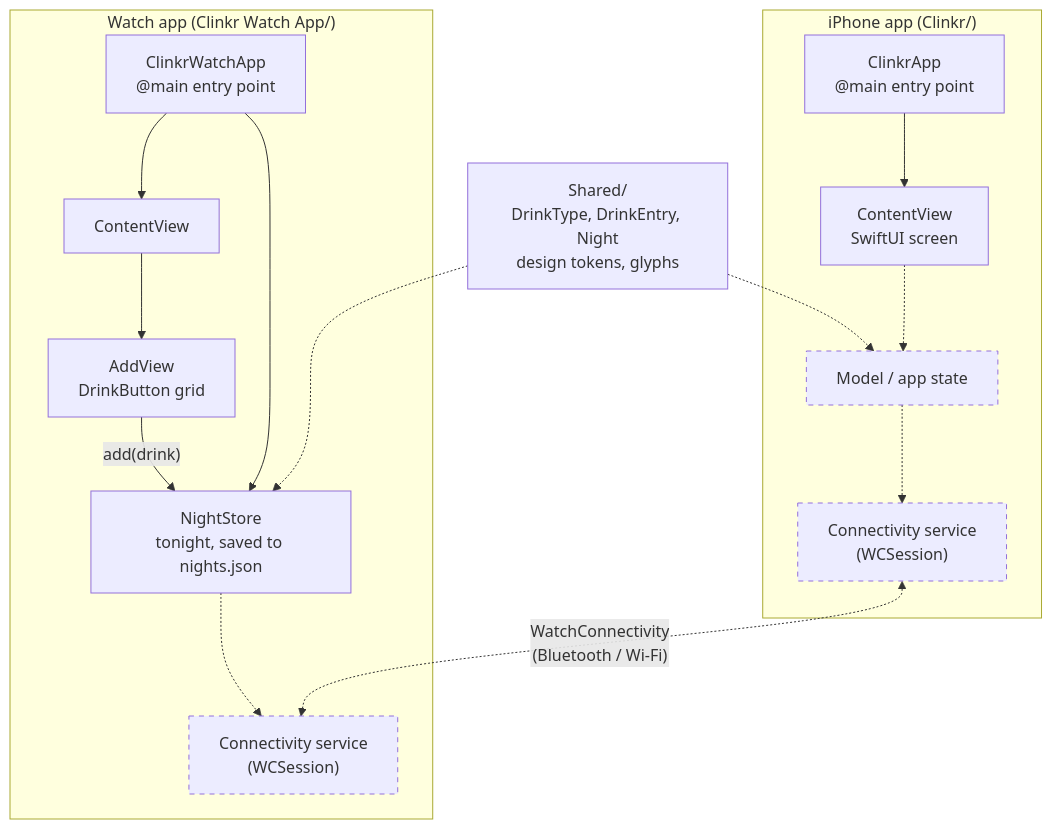
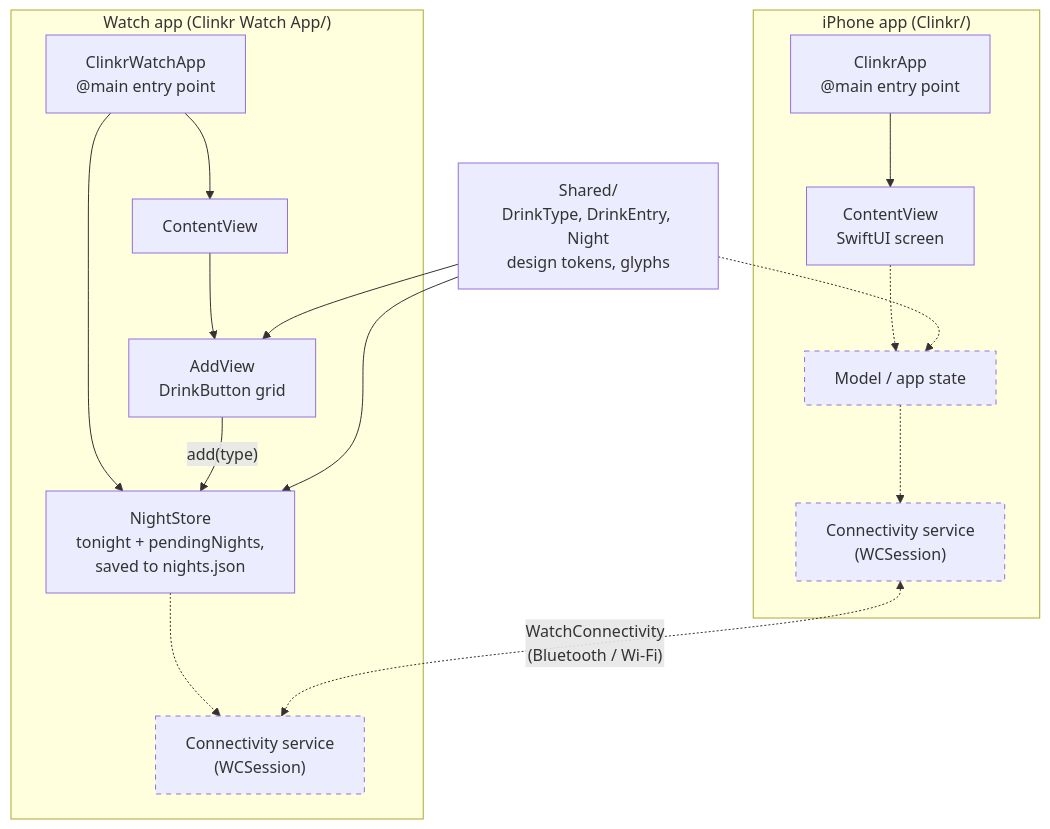
The second of 3 diagrams in docs/ARCHITECTURE.md (pablocolaiacovo/clink), drawn with Mermaid before and after one commit. The commit also changed other lines of this file and 4 other files, not shown here.

````diff
--- a/docs/ARCHITECTURE.md
+++ b/docs/ARCHITECTURE.md
@@ -34,28 +34,29 @@
 ```mermaid
 flowchart TB
     subgraph phone["iPhone app (Clinkr/)"]
         pApp["ClinkrApp<br/>@main entry point"] --> pView["ContentView<br/>SwiftUI screen"]
         pModel["Model / app state"]:::planned
         pSync["Connectivity service<br/>(WCSession)"]:::planned
         pView -.-> pModel
         pModel -.-> pSync
     end
 
     subgraph watch["Watch app (Clinkr Watch App/)"]
         wApp["ClinkrWatchApp<br/>@main entry point"] --> wView["ContentView"]
         wView --> wAdd["AddView<br/>DrinkButton grid"]
-        wModel["NightStore<br/>tonight, saved to nights.json"]
+        wModel["NightStore<br/>tonight + pendingNights,<br/>saved to nights.json"]
         wSync["Connectivity service<br/>(WCSession)"]:::planned
         wApp --> wModel
-        wAdd -- "add(drink)" --> wModel
+        wAdd -- "add(type)" --> wModel
         wModel -.-> wSync
     end
 
     shared["Shared/<br/>DrinkType, DrinkEntry, Night<br/>design tokens, glyphs"]
     shared -.-> pModel
-    shared -.-> wModel
+    shared --> wModel
+    shared --> wAdd
 
     pSync <-. "WatchConnectivity<br/>(Bluetooth / Wi-Fi)" .-> wSync
 
     classDef planned stroke-dasharray: 5 5
 ```
````
